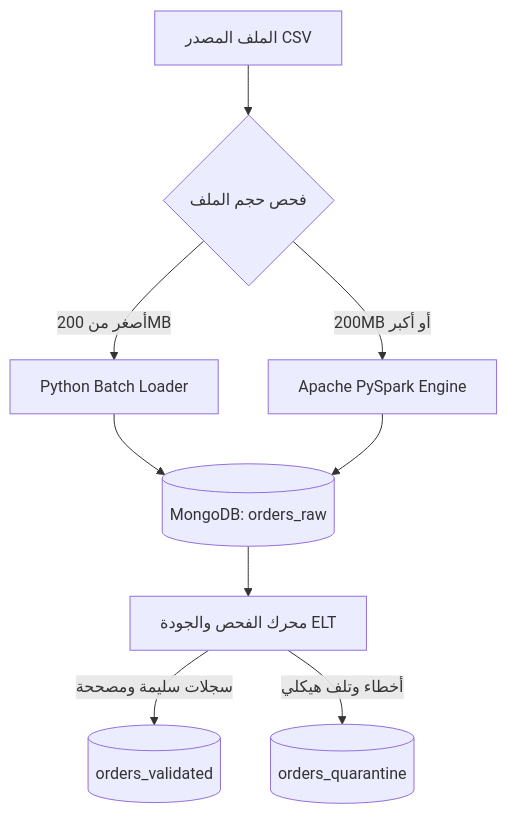
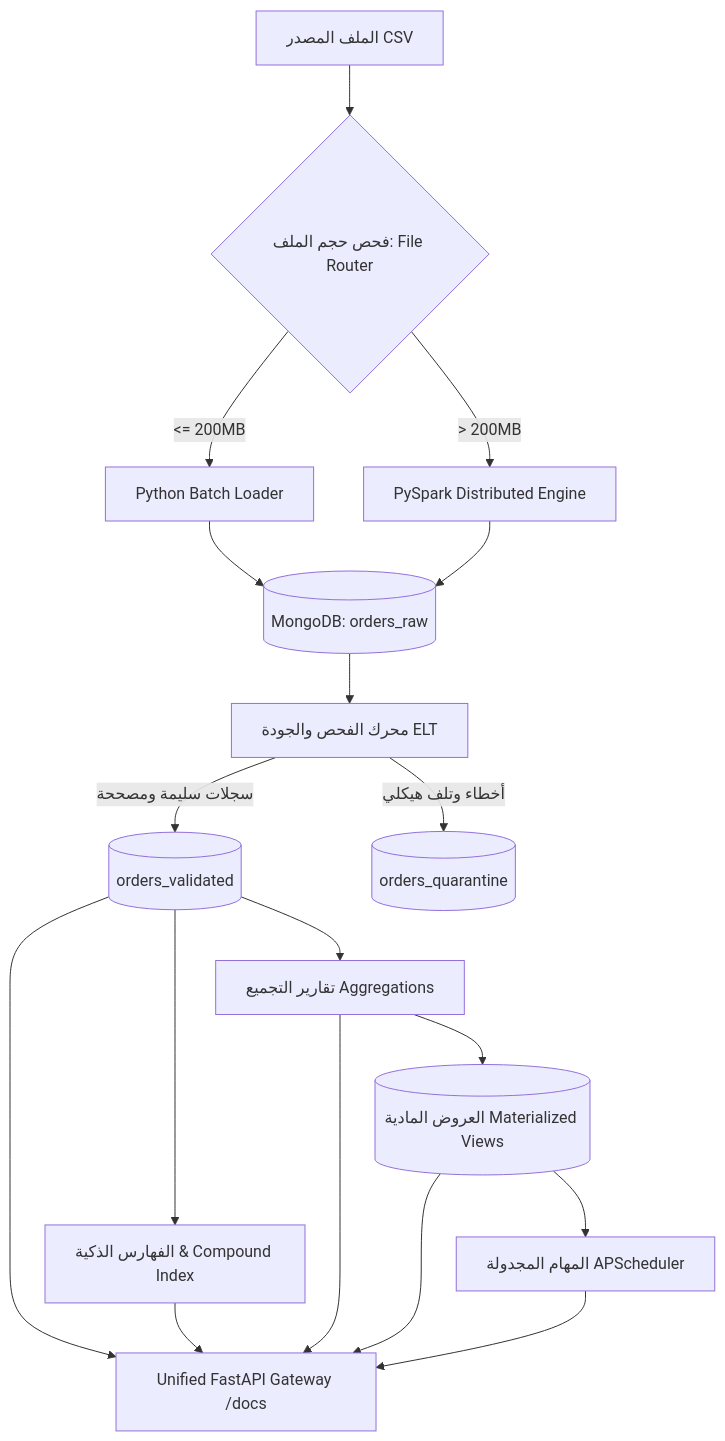
Before and after one commit to AbrarMarwan/BigData_pipline: the diagram in README.md, drawn with Mermaid. The commit also changed other lines of this file and 9 other files, not shown here.

Commit message:
feat(phase2): implement queries & compound index, 5 aggregations, incremental materialized views, scheduled jobs, and unified FastAPI gateway

````diff
--- a/README.md
+++ b/README.md
@@ -48,12 +48,18 @@
 ```mermaid
 graph TD
-    A[الملف المصدر CSV] --> B{فحص حجم الملف}
-    B -- "أصغر من 200MB" --> C[Python Batch Loader]
-    B -- "200MB أو أكبر" --> D[Apache PySpark Engine]
+    A[الملف المصدر CSV] --> B{فحص حجم الملف: File Router}
+    B -- "<= 200MB" --> C[Python Batch Loader]
+    B -- "> 200MB" --> D[PySpark Distributed Engine]
     C --> E[(MongoDB: orders_raw)]
     D --> E
     E --> F[محرك الفحص والجودة ELT]
     F -- "سجلات سليمة ومصححة" --> G[(orders_validated)]
     F -- "أخطاء وتلف هيكلي" --> H[(orders_quarantine)]
-
+    
+    G --> I[الفهارس الذكية & Compound Index]
+    G --> J[تقارير التجميع Aggregations]
+    J --> K[(العروض المادية Materialized Views)]
+    K --> L[المهام المجدولة APScheduler]
+    
+    G & I & J & K & L --> M[Unified FastAPI Gateway /docs]
 ```
````
